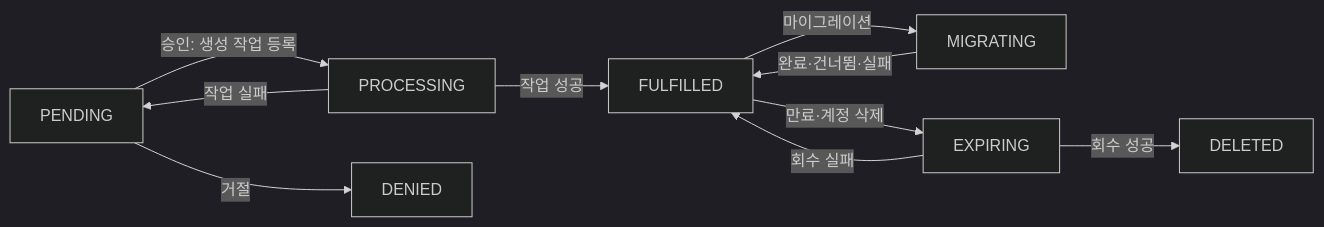
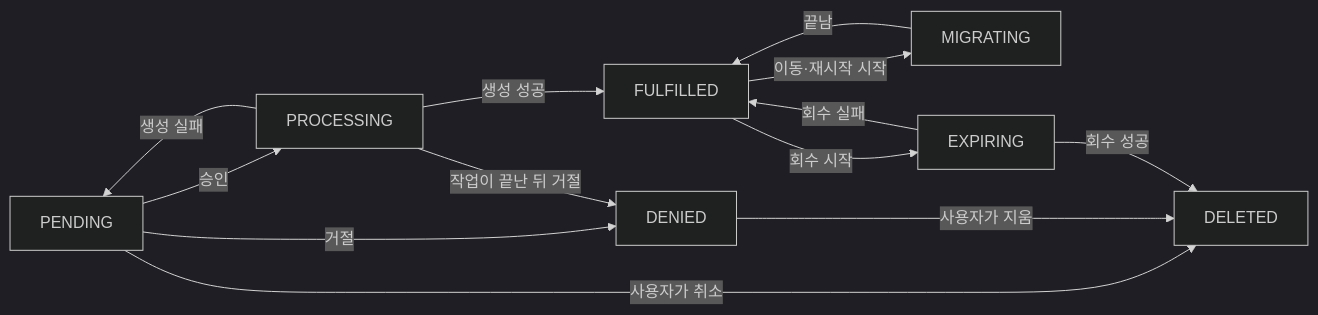
Before and after one commit to CSID-DGU/admin_wiki: the first of 5 diagrams in md/backend/시스템-아키텍처.md, drawn with Mermaid (dark theme). The commit also changed other lines of this file and 11 other files, not shown here.

````diff
--- a/md/backend/시스템-아키텍처.md
+++ b/md/backend/시스템-아키텍처.md
@@ -9,9 +15,15 @@
 ```mermaid
 flowchart LR
-    PENDING -->|승인: 생성 작업 등록| PROCESSING -->|작업 성공| FULFILLED
-    PROCESSING -->|작업 실패| PENDING
+    PENDING -->|승인| PROCESSING
+    PROCESSING -->|생성 성공| FULFILLED
+    PROCESSING -->|생성 실패| PENDING
     PENDING -->|거절| DENIED
-    FULFILLED -->|마이그레이션| MIGRATING -->|완료·건너뜀·실패| FULFILLED
-    FULFILLED -->|만료·계정 삭제| EXPIRING -->|회수 성공| DELETED
+    PROCESSING -->|작업이 끝난 뒤 거절| DENIED
+    PENDING -->|사용자가 취소| DELETED
+    DENIED -->|사용자가 지움| DELETED
+    FULFILLED -->|이동·재시작 시작| MIGRATING
+    MIGRATING -->|끝남| FULFILLED
+    FULFILLED -->|회수 시작| EXPIRING
+    EXPIRING -->|회수 성공| DELETED
     EXPIRING -->|회수 실패| FULFILLED
 ```
````
